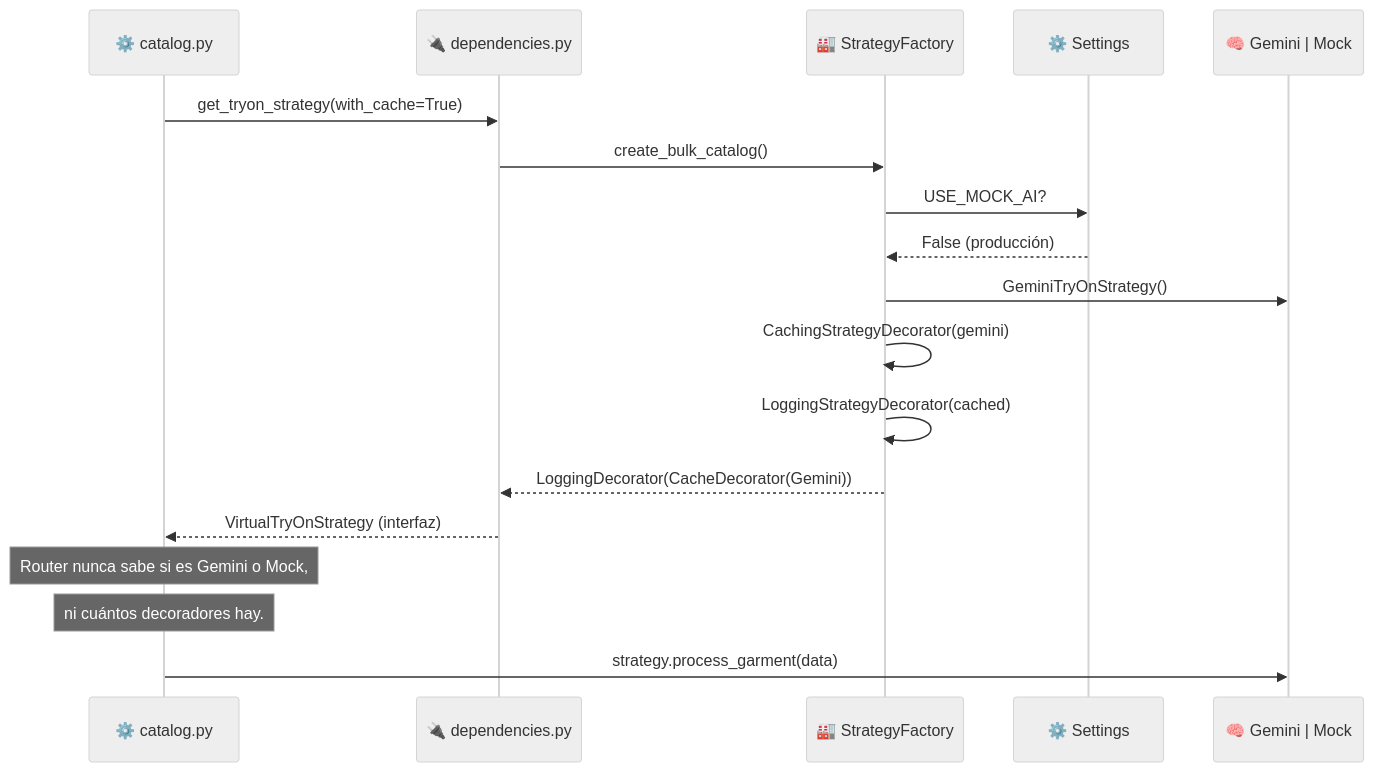
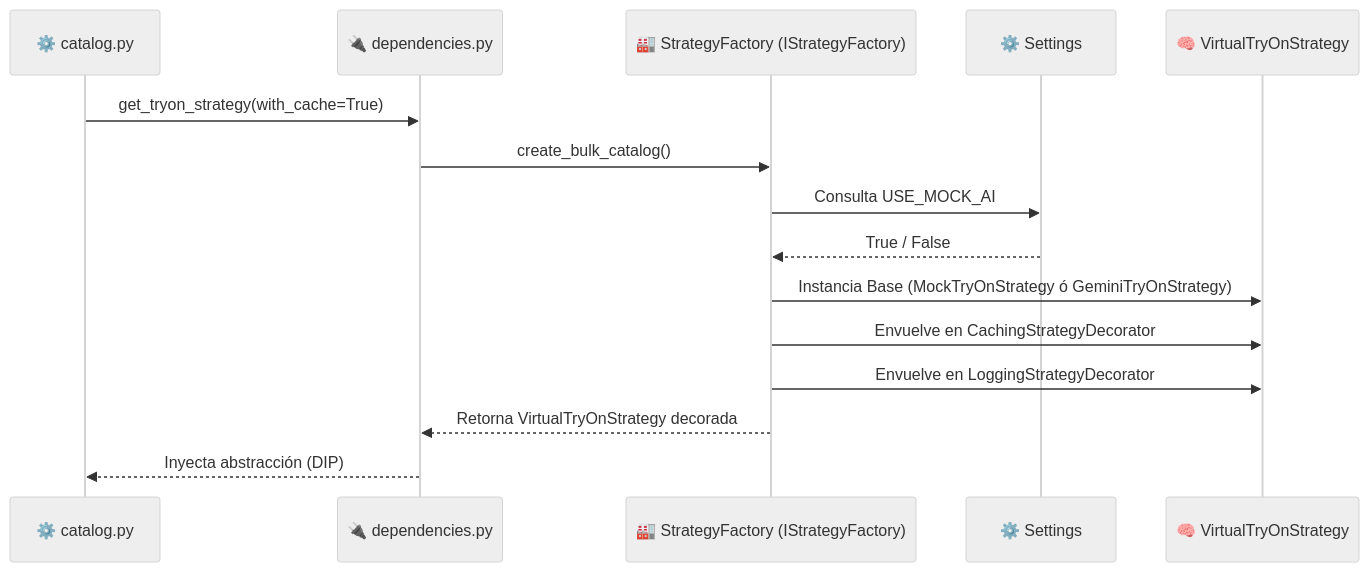
One commit to tominadal/TryOn_progra2 changed the fifth of 6 diagrams in docs/diagrama_secuencia.md. Above: the diagram before and after it, drawn with Mermaid (neutral theme). The commit also changed other lines of this file and 53 other files, not shown here.

````diff
--- a/docs/diagrama_secuencia.md
+++ b/docs/diagrama_secuencia.md
@@ -166,22 +165,18 @@
 ```mermaid
 sequenceDiagram
     participant Router as ⚙️ catalog.py
     participant Deps as 🔌 dependencies.py
-    participant Factory as 🏭 StrategyFactory
+    participant Factory as 🏭 StrategyFactory (IStrategyFactory)
     participant Settings as ⚙️ Settings
-    participant GeminiOrMock as 🧠 Gemini | Mock
+    participant Product as 🧠 VirtualTryOnStrategy
 
     Router->>Deps: get_tryon_strategy(with_cache=True)
     Deps->>Factory: create_bulk_catalog()
-    Factory->>Settings: USE_MOCK_AI?
-    Settings-->>Factory: False (producción)
-    Factory->>GeminiOrMock: GeminiTryOnStrategy()
-    Factory->>Factory: CachingStrategyDecorator(gemini)
-    Factory->>Factory: LoggingStrategyDecorator(cached)
-    Factory-->>Deps: LoggingDecorator(CacheDecorator(Gemini))
-    Deps-->>Router: VirtualTryOnStrategy (interfaz)
-
-    Note over Router: Router nunca sabe si es Gemini o Mock,
-    Note over Router: ni cuántos decoradores hay.
-    Router->>GeminiOrMock: strategy.process_garment(data)
+    Factory->>Settings: Consulta USE_MOCK_AI
+    Settings-->>Factory: True / False
+    Factory->>Product: Instancia Base (MockTryOnStrategy ó GeminiTryOnStrategy)
+    Factory->>Product: Envuelve en CachingStrategyDecorator
+    Factory->>Product: Envuelve en LoggingStrategyDecorator
+    Factory-->>Deps: Retorna VirtualTryOnStrategy decorada
+    Deps-->>Router: Inyecta abstracción (DIP)
 ```
````
